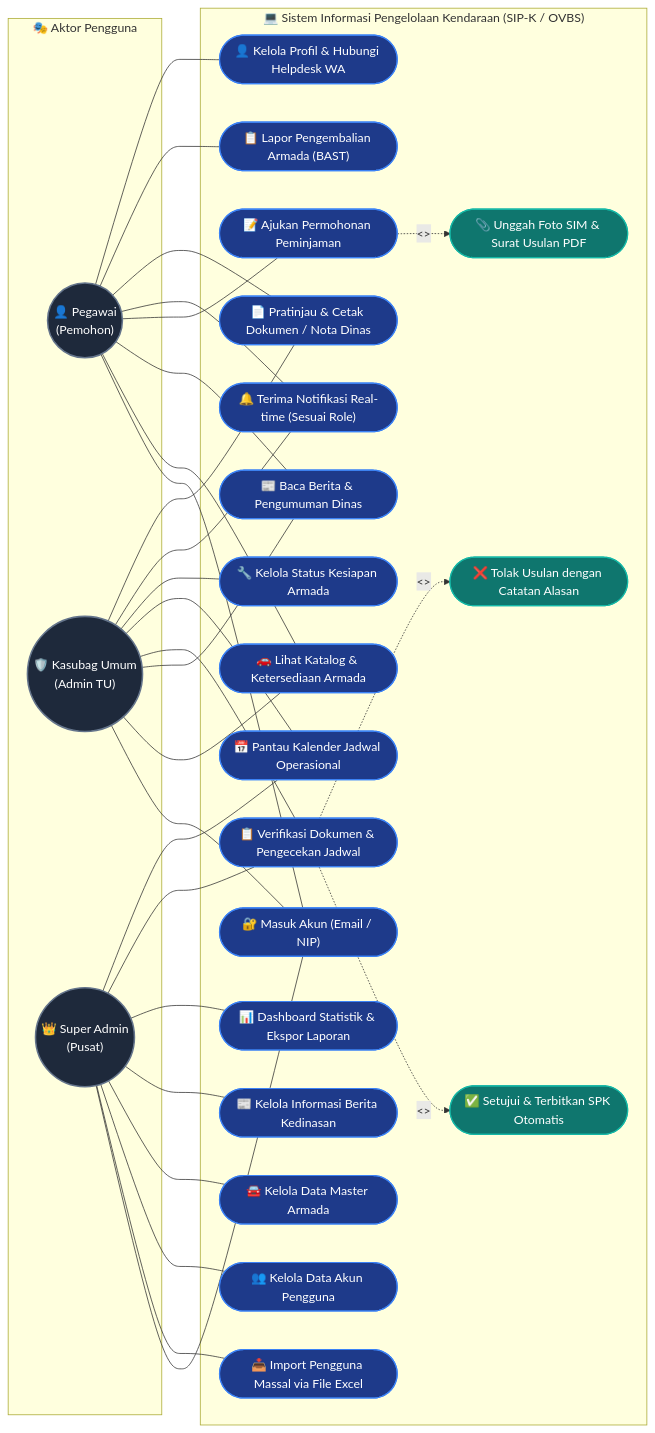
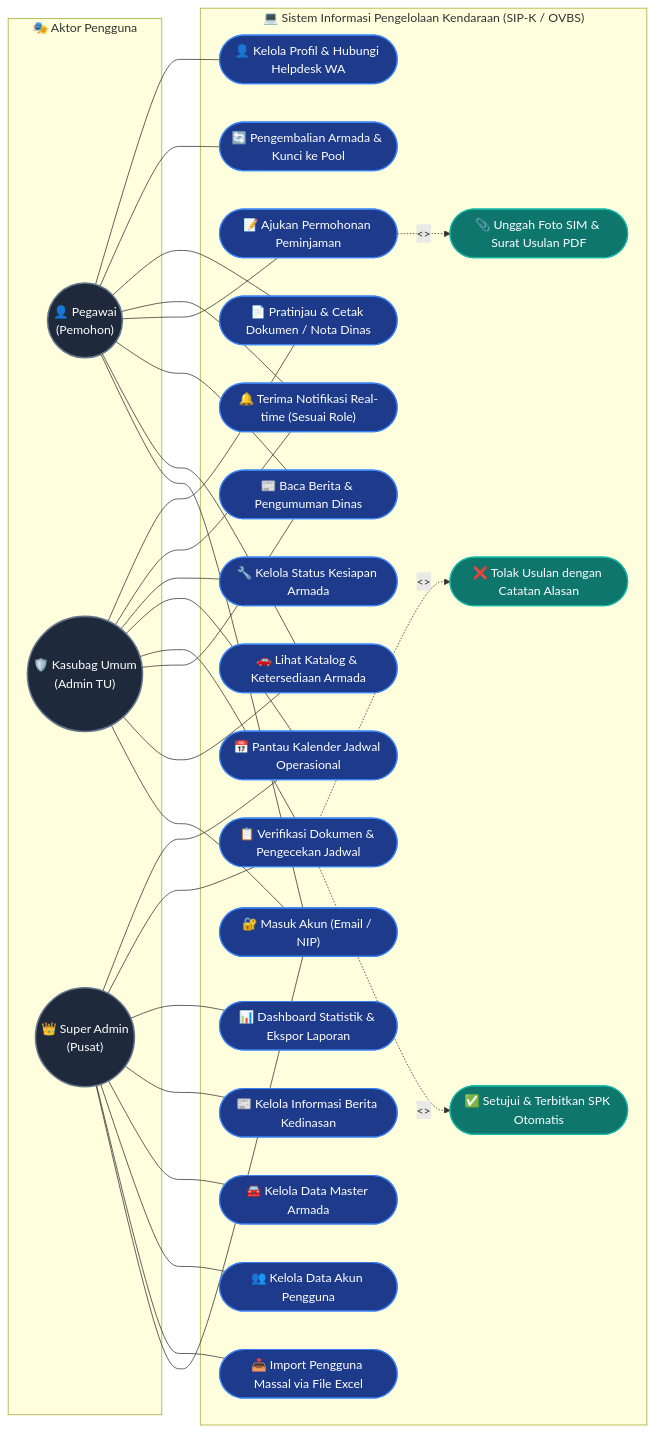
The first of 9 diagrams in README.md (ahdewa/Sip-k), drawn with Mermaid before and after one commit. The commit also changed other lines of this file and 38 other files, not shown here.

````diff
--- a/README.md
+++ b/README.md
@@ -129,75 +129,75 @@
 ```mermaid
 flowchart LR
     subgraph AKTOR["🎭 Aktor Pengguna"]
         Pegawai(("👤 Pegawai<br/>(Pemohon)"))
         Kasubag(("🛡️ Kasubag Umum<br/>(Admin TU)"))
         SuperAdmin(("👑 Super Admin<br/>(Pusat)"))
     end
 
     subgraph SISTEM["💻 Sistem Informasi Pengelolaan Kendaraan (SIP-K / OVBS)"]
         UC_Auth(["🔐 Masuk Akun (Email / NIP)"])
         UC_Catalog(["🚗 Lihat Katalog & Ketersediaan Armada"])
         UC_News(["📰 Baca Berita & Pengumuman Dinas"])
         UC_Loan(["📝 Ajukan Permohonan Peminjaman"])
         UC_UploadDoc(["📎 Unggah Foto SIM & Surat Usulan PDF"])
         UC_Notif(["🔔 Terima Notifikasi Real-time (Sesuai Role)"])
         UC_PrintND(["📄 Pratinjau & Cetak Dokumen / Nota Dinas"])
-        UC_Return(["📋 Lapor Pengembalian Armada (BAST)"])
+        UC_Return(["🔄 Pengembalian Armada & Kunci ke Pool"])
         UC_Profile(["👤 Kelola Profil & Hubungi Helpdesk WA"])
 
         UC_Verify(["📋 Verifikasi Dokumen & Pengecekan Jadwal"])
         UC_Approve(["✅ Setujui & Terbitkan SPK Otomatis"])
         UC_Reject(["❌ Tolak Usulan dengan Catatan Alasan"])
         UC_Calendar(["📅 Pantau Kalender Jadwal Operasional"])
         UC_AssetStatus(["🔧 Kelola Status Kesiapan Armada"])
 
         UC_ImportUser(["📥 Import Pengguna Massal via File Excel"])
         UC_ManageUser(["👥 Kelola Data Akun Pengguna"])
         UC_ManageVehicle(["🚘 Kelola Data Master Armada"])
         UC_ManageNews(["📰 Kelola Informasi Berita Kedinasan"])
         UC_Analytics(["📊 Dashboard Statistik & Ekspor Laporan"])
     end
 
     %% Hubungan Pegawai (Pemohon)
     Pegawai --- UC_Auth
     Pegawai --- UC_Catalog
     Pegawai --- UC_News
     Pegawai --- UC_Loan
     Pegawai --- UC_Notif
     Pegawai --- UC_PrintND
     Pegawai --- UC_Return
     Pegawai --- UC_Profile
 
     UC_Loan -.->|"<<meliputi>>"| UC_UploadDoc
 
     %% Hubungan Kasubag Umum (Admin TU)
     Kasubag --- UC_Auth
     Kasubag --- UC_Catalog
     Kasubag --- UC_News
     Kasubag --- UC_Verify
     Kasubag --- UC_Calendar
     Kasubag --- UC_AssetStatus
     Kasubag --- UC_Notif
     Kasubag --- UC_PrintND
 
     UC_Verify -.->|"<<meliputi>>"| UC_Approve
     UC_Verify -.->|"<<meliputi>>"| UC_Reject
 
     %% Hubungan Super Administrator
     SuperAdmin --- UC_Auth
     SuperAdmin --- UC_ImportUser
     SuperAdmin --- UC_ManageUser
     SuperAdmin --- UC_ManageVehicle
     SuperAdmin --- UC_ManageNews
     SuperAdmin --- UC_Analytics
     SuperAdmin --- UC_Verify
     SuperAdmin --- UC_Calendar
 
     classDef actor fill:#1E293B,stroke:#64748B,stroke-width:2px,color:#fff;
     classDef usecase fill:#1E3A8A,stroke:#3B82F6,stroke-width:1.5px,color:#fff;
     classDef includeUC fill:#0F766E,stroke:#14B8A6,stroke-width:1.5px,color:#fff;
 
     class Pegawai,Kasubag,SuperAdmin actor;
     class UC_Auth,UC_Catalog,UC_News,UC_Loan,UC_Notif,UC_PrintND,UC_Return,UC_Profile,UC_Verify,UC_Calendar,UC_AssetStatus,UC_ImportUser,UC_ManageUser,UC_ManageVehicle,UC_ManageNews,UC_Analytics usecase;
     class UC_UploadDoc,UC_Approve,UC_Reject includeUC;
 ```
````
